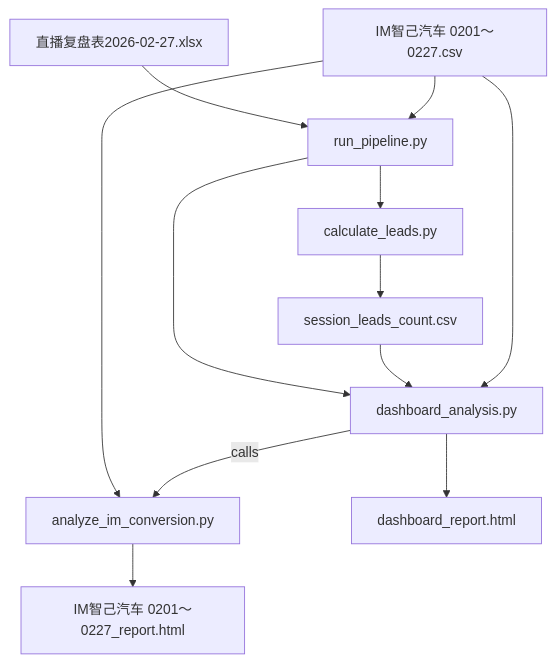
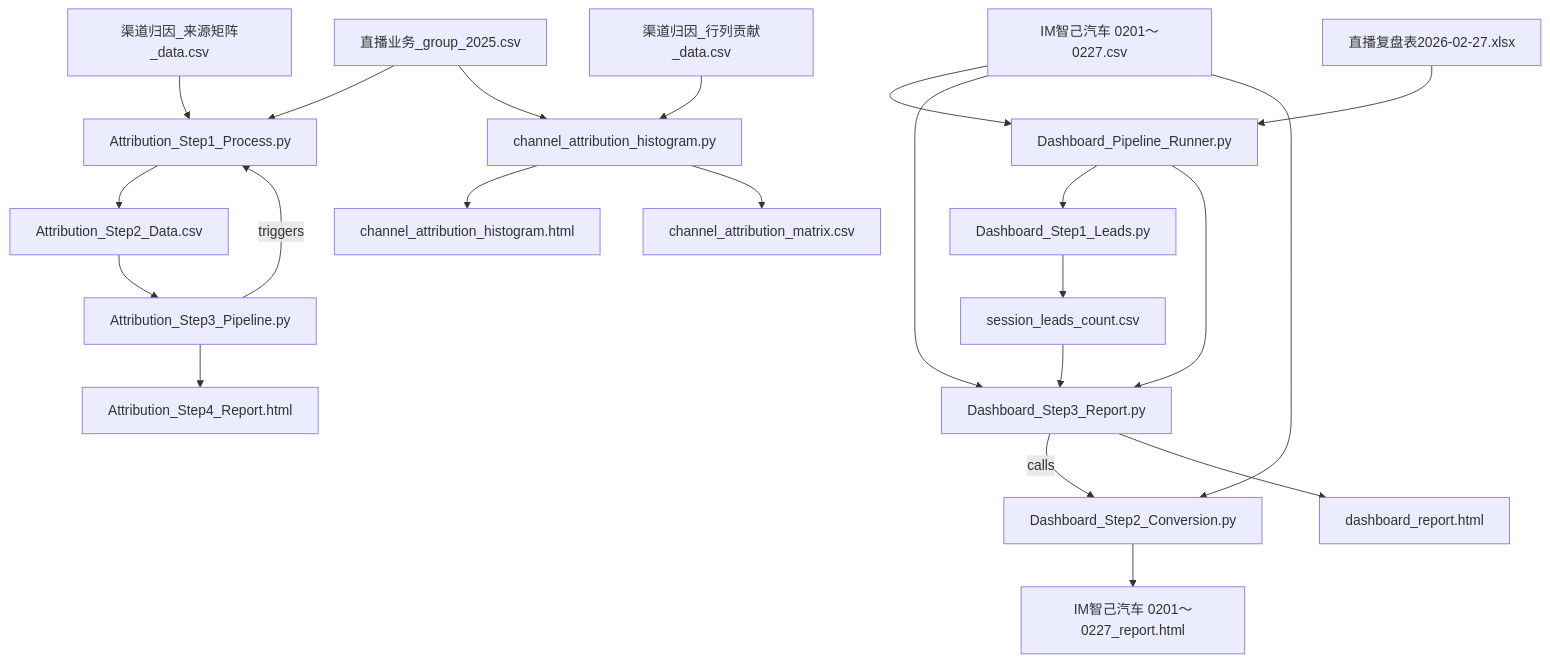
The diagram in README.md (zhangzihaoDT/Live-broadcast-business-review), drawn with Mermaid before and after one commit. The commit also changed other lines of this file and 24 other files, not shown here.

Commit message:
Refactor: Organize scripts into Dashboard and Attribution pipelines, update documentation

````diff
--- a/README.md
+++ b/README.md
@@ -71,19 +111,34 @@
 ```mermaid
 graph TD
-    RawData1[直播复盘表2026-02-27.xlsx] --> Pipeline[run_pipeline.py]
+    %% Dashboard Pipeline
+    RawData1[直播复盘表2026-02-27.xlsx] --> Pipeline[Dashboard_Pipeline_Runner.py]
     RawData2[IM智己汽车 0201～0227.csv] --> Pipeline
 
-    Pipeline --> ScriptPrep[calculate_leads.py]
-    Pipeline --> Script1[dashboard_analysis.py]
+    Pipeline --> ScriptPrep[Dashboard_Step1_Leads.py]
+    Pipeline --> Script1[Dashboard_Step3_Report.py]
 
     ScriptPrep --> InterData[session_leads_count.csv]
 
     InterData --> Script1
     RawData2 --> Script1
-    RawData2 --> Script2[analyze_im_conversion.py]
+    RawData2 --> Script2[Dashboard_Step2_Conversion.py]
 
     Script1 -- calls --> Script2
 
     Script1 --> Report1[dashboard_report.html]
     Script2 --> Report2[IM智己汽车 0201～0227_report.html]
+
+    %% Attribution Pipeline
+    AttrRaw1[渠道归因_来源矩阵_data.csv] --> AttrStep1[Attribution_Step1_Process.py]
+    GroupConfig[直播业务_group_2025.csv] --> AttrStep1
+    AttrStep1 --> AttrData[Attribution_Step2_Data.csv]
+    AttrData --> AttrStep3[Attribution_Step3_Pipeline.py]
+    AttrStep3 --> AttrReport[Attribution_Step4_Report.html]
+    AttrStep3 -- triggers --> AttrStep1
+
+    %% Histogram Analysis
+    AttrRaw2[渠道归因_行列贡献_data.csv] --> HistScript[channel_attribution_histogram.py]
+    GroupConfig --> HistScript
+    HistScript --> HistReport[channel_attribution_histogram.html]
+    HistScript --> HistMatrix[channel_attribution_matrix.csv]
 ```
````
